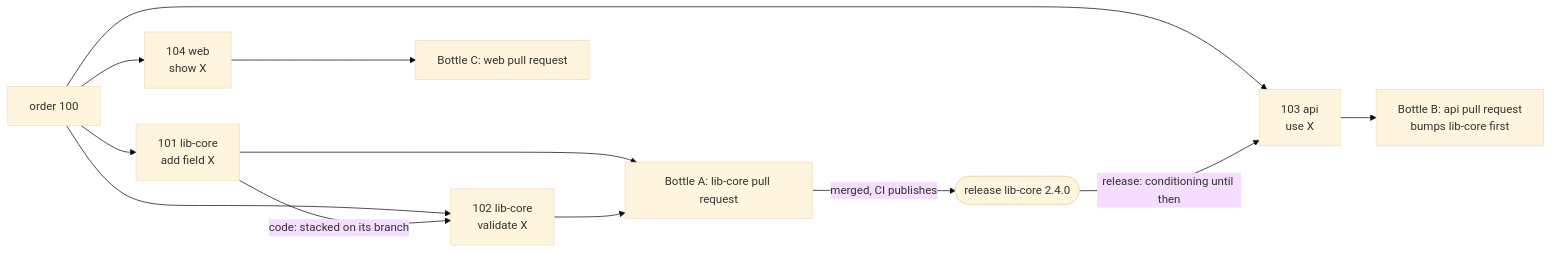
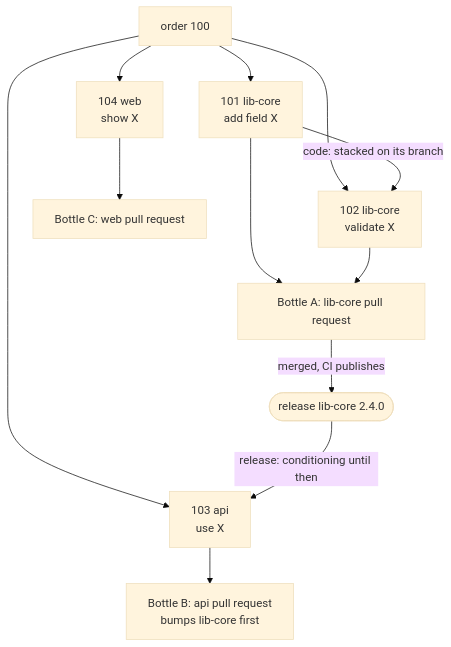
One commit to EdwinBekaert/foedrum changed the second of 8 diagrams in docs/architecture.md. Above: the diagram before and after it, drawn with Mermaid (base theme).

Commit message:
docs: the work breakdown picture runs top-down

````diff
--- a/docs/architecture.md
+++ b/docs/architecture.md
@@ -112,13 +112,13 @@
 ```mermaid
-flowchart LR
+flowchart TD
   O["order 100"] --> S1["101 lib-core<br/>add field X"]
   O --> S2["102 lib-core<br/>validate X"]
   O --> S3["103 api<br/>use X"]
   O --> S4["104 web<br/>show X"]
   S1 -->|"code: stacked on its branch"| S2
   S1 & S2 --> BA["Bottle A: lib-core pull request"]
   BA -->|"merged, CI publishes"| R(["release lib-core 2.4.0"])
   R -->|"release: conditioning until then"| S3
   S3 --> BB["Bottle B: api pull request<br/>bumps lib-core first"]
   S4 --> BC["Bottle C: web pull request"]
 ```
````
